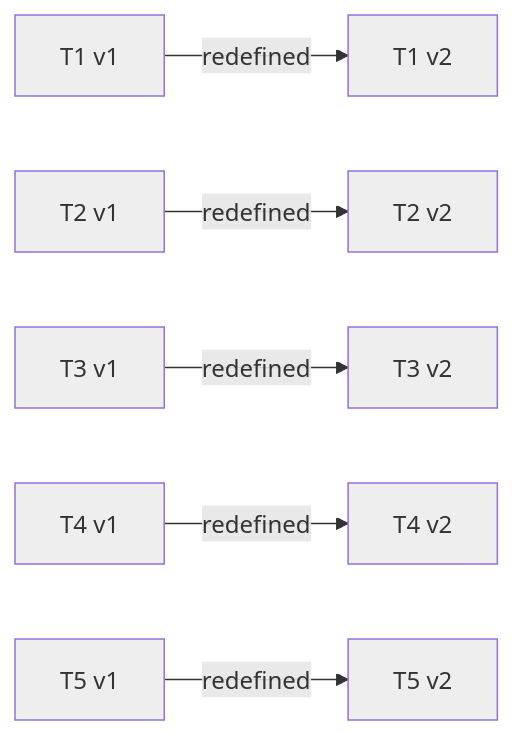
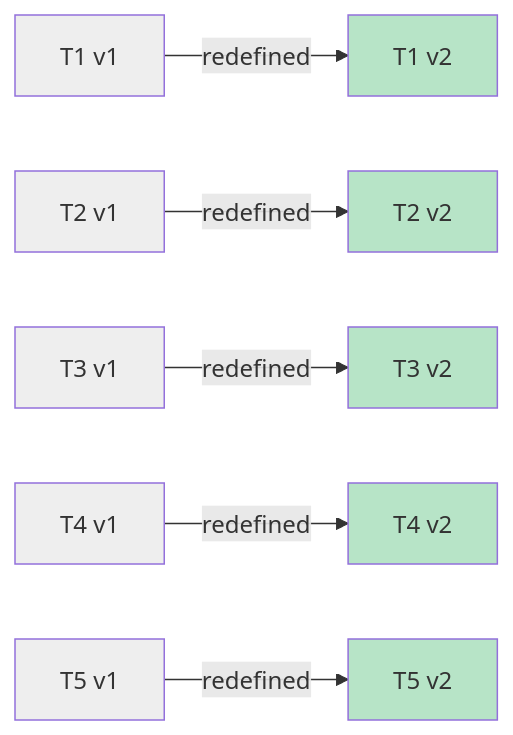
Diagram 31 of 31 in docs/specs/OVERVIEW.md (Curry09/OpenAgents), drawn with Mermaid before and after one commit. The commit also changed other lines of this file and 17 other files, not shown here.

````diff
--- a/docs/specs/OVERVIEW.md
+++ b/docs/specs/OVERVIEW.md
@@ -742,29 +712,30 @@
 ```mermaid
 graph LR
     v_T1_1["T1 v1"]
     v_T1_2["T1 v2"]
     v_T1_1 -->|redefined| v_T1_2
     v_T2_1["T2 v1"]
     v_T2_2["T2 v2"]
     v_T2_1 -->|redefined| v_T2_2
     v_T3_1["T3 v1"]
     v_T3_2["T3 v2"]
     v_T3_1 -->|redefined| v_T3_2
     v_T4_1["T4 v1"]
     v_T4_2["T4 v2"]
     v_T4_1 -->|redefined| v_T4_2
     v_T5_1["T5 v1"]
     v_T5_2["T5 v2"]
     v_T5_1 -->|redefined| v_T5_2
+    classDef st_done fill:#b7e4c7;
     classDef st_pending fill:#eeeeee;
     class v_T1_1 st_pending;
-    class v_T1_2 st_pending;
+    class v_T1_2 st_done;
     class v_T2_1 st_pending;
-    class v_T2_2 st_pending;
+    class v_T2_2 st_done;
     class v_T3_1 st_pending;
-    class v_T3_2 st_pending;
+    class v_T3_2 st_done;
     class v_T4_1 st_pending;
-    class v_T4_2 st_pending;
+    class v_T4_2 st_done;
     class v_T5_1 st_pending;
-    class v_T5_2 st_pending;
+    class v_T5_2 st_done;
 ```
````
